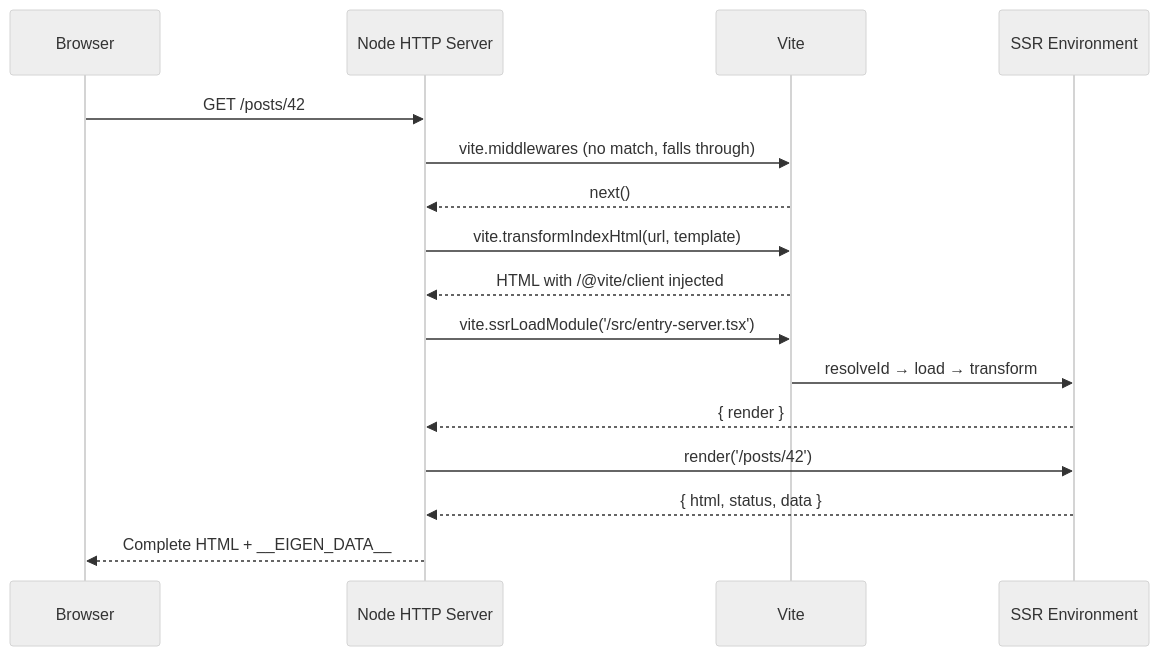
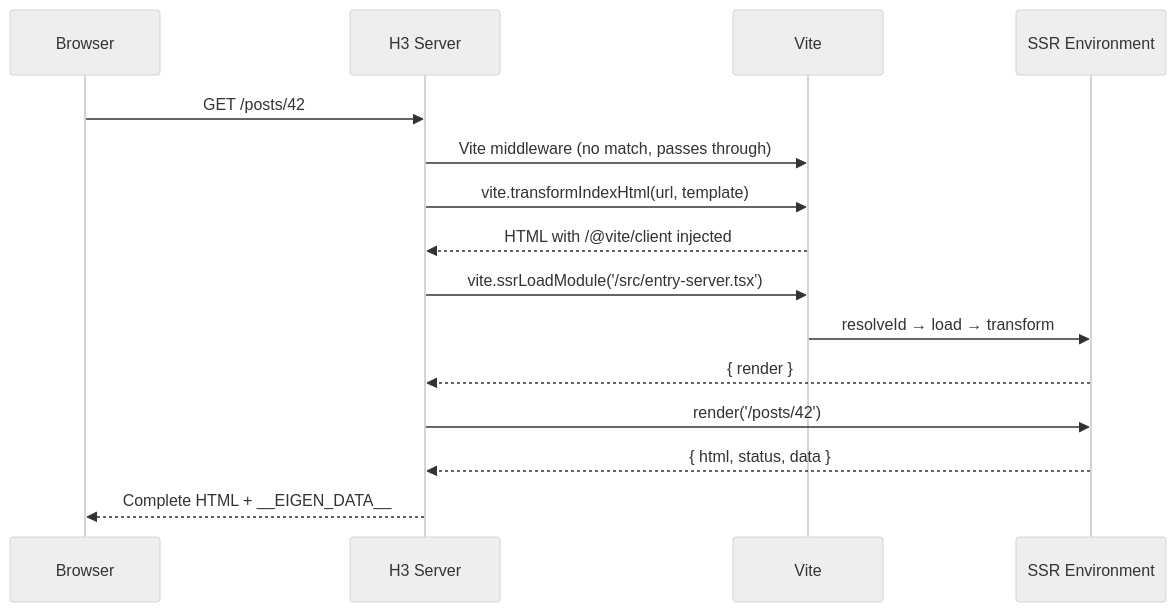
Before and after one commit to adamhake/eigen: the diagram in apps/tutorial/src/content/03-server-side-rendering.mdx, drawn with Mermaid (neutral theme). The commit also changed other lines of this file and 6 other files, not shown here.

````diff
--- a/apps/tutorial/src/content/03-server-side-rendering.mdx
+++ b/apps/tutorial/src/content/03-server-side-rendering.mdx
@@ -22,19 +22,18 @@
 ```mermaid
 sequenceDiagram
     participant Browser
-    participant Server as Node HTTP Server
+    participant H3 as H3 Server
     participant Vite
     participant SSR as SSR Environment
 
-    Browser->>Server: GET /posts/42
-    Server->>Vite: vite.middlewares (no match, falls through)
-    Vite-->>Server: next()
-    Server->>Vite: vite.transformIndexHtml(url, template)
-    Vite-->>Server: HTML with /@vite/client injected
-    Server->>Vite: vite.ssrLoadModule('/src/entry-server.tsx')
+    Browser->>H3: GET /posts/42
+    H3->>Vite: Vite middleware (no match, passes through)
+    H3->>Vite: vite.transformIndexHtml(url, template)
+    Vite-->>H3: HTML with /@vite/client injected
+    H3->>Vite: vite.ssrLoadModule('/src/entry-server.tsx')
     Vite->>SSR: resolveId → load → transform
-    SSR-->>Server: { render }
-    Server->>SSR: render('/posts/42')
-    SSR-->>Server: { html, status, data }
-    Server-->>Browser: Complete HTML + __EIGEN_DATA__
+    SSR-->>H3: { render }
+    H3->>SSR: render('/posts/42')
+    SSR-->>H3: { html, status, data }
+    H3-->>Browser: Complete HTML + __EIGEN_DATA__
 ```
````
